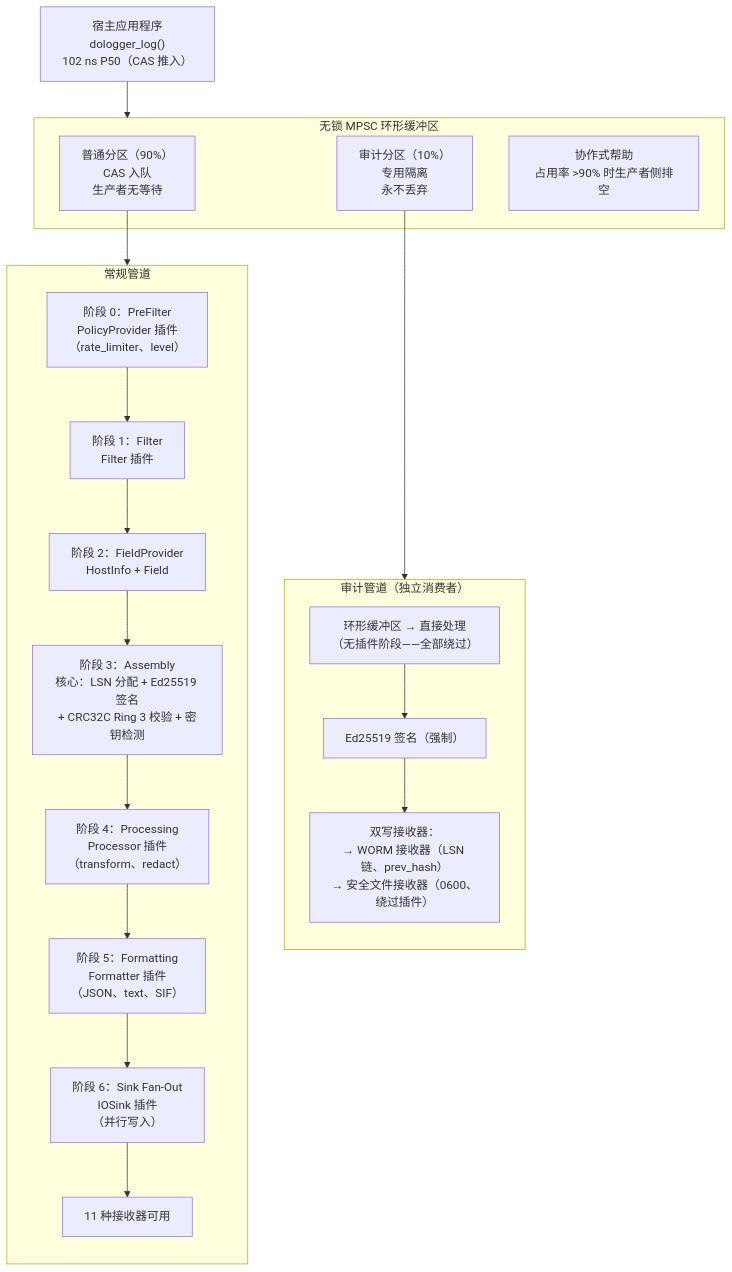
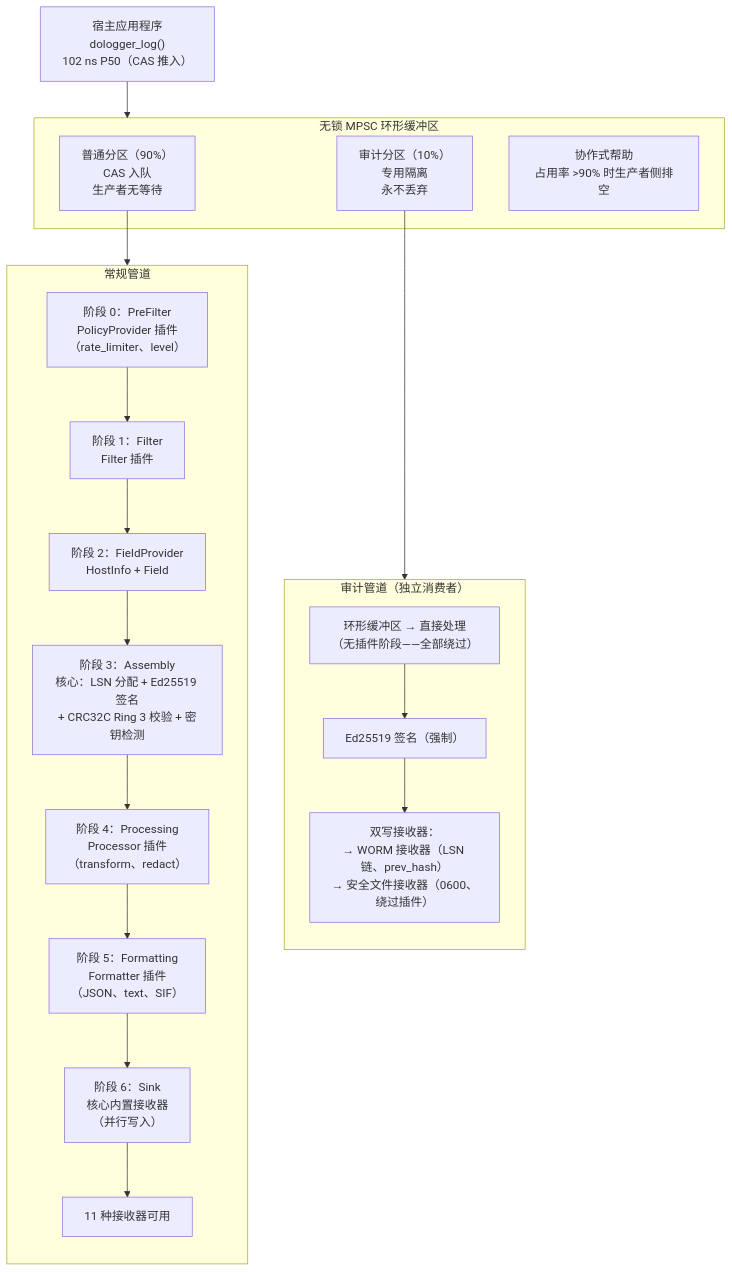
The first of 11 diagrams in Docs/zh_CN/ArchitectureReference.md (nekolio/DoLogger), drawn with Mermaid before and after one commit. The commit also changed other lines of this file and 20 other files, not shown here.

````diff
--- a/Docs/zh_CN/ArchitectureReference.md
+++ b/Docs/zh_CN/ArchitectureReference.md
@@ -58,30 +58,30 @@
 ```mermaid
 flowchart TD
     A["宿主应用程序<br/>dologger_log()<br/>102 ns P50（CAS 推入）"] --> RB
 
     subgraph RB["无锁 MPSC 环形缓冲区"]
         B1["普通分区（90%）<br/>CAS 入队<br/>生产者无等待"]
         B2["审计分区（10%）<br/>专用隔离<br/>永不丢弃"]
         B3["协作式帮助<br/>占用率 >90% 时生产者侧排空"]
     end
 
     B1 --> RP
     B2 --> AP
 
     subgraph RP["常规管道"]
         direction TB
         C0["阶段 0：PreFilter<br/>PolicyProvider 插件<br/>（rate_limiter、level）"] --> C1["阶段 1：Filter<br/>Filter 插件"]
         C1 --> C2["阶段 2：FieldProvider<br/>HostInfo + Field"]
         C2 --> C3["阶段 3：Assembly<br/>核心：LSN 分配 + Ed25519 签名<br/>+ CRC32C Ring 3 校验 + 密钥检测"]
         C3 --> C4["阶段 4：Processing<br/>Processor 插件<br/>（transform、redact）"]
         C4 --> C5["阶段 5：Formatting<br/>Formatter 插件<br/>（JSON、text、SIF）"]
-        C5 --> C6["阶段 6：Sink Fan-Out<br/>IOSink 插件<br/>（并行写入）"]
+        C5 --> C6["阶段 6：Sink<br/>核心内置接收器<br/>（并行写入）"]
         C6 --> C7["11 种接收器可用"]
     end
 
     subgraph AP["审计管道（独立消费者）"]
         direction TB
         D1["环形缓冲区 → 直接处理<br/>（无插件阶段——全部绕过）"] --> D2["Ed25519 签名（强制）"]
         D2 --> D3["双写接收器：<br/>→ WORM 接收器（LSN 链、prev_hash）<br/>→ 安全文件接收器（0600、绕过插件）"]
     end
 ```
````
